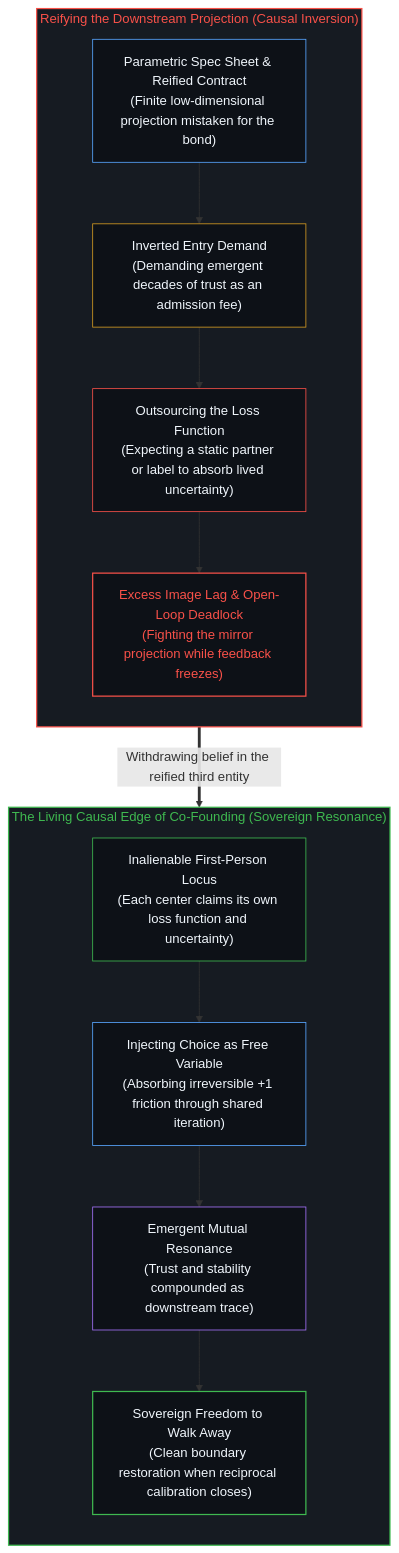
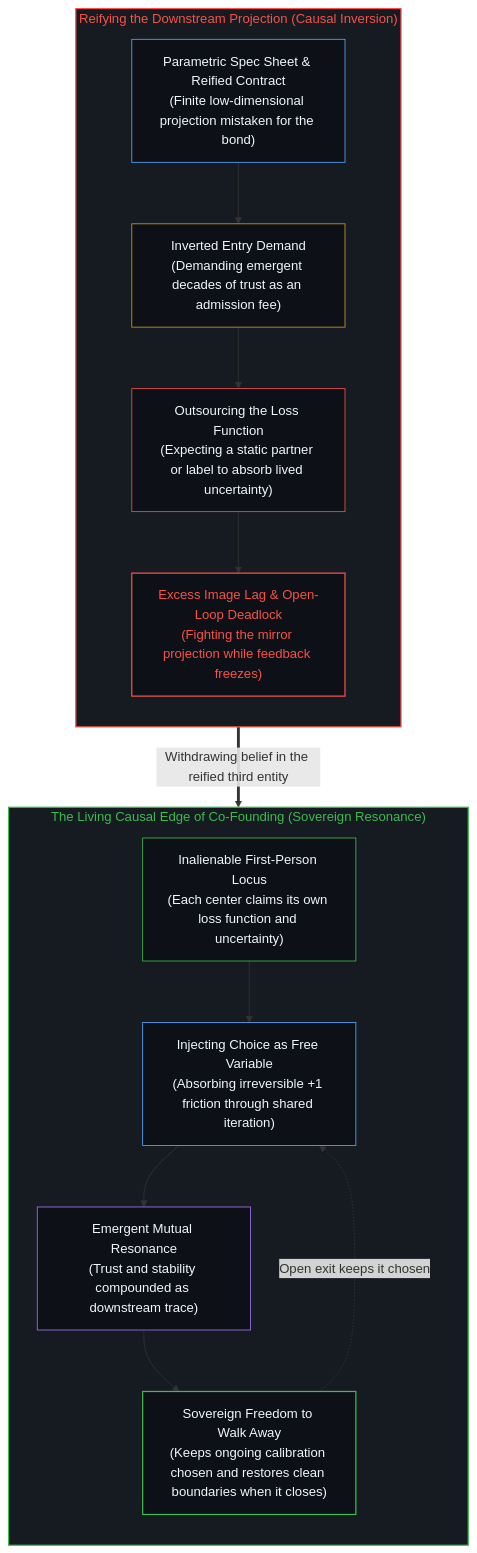
One commit to powerpig99/not-a-toe changed the second of 2 diagrams in content/posts/the-causal-inversion-of-partnership.md. Above: the diagram before and after it, drawn with Mermaid. The commit also changed other lines of this file and 27 other files, not shown here.

Commit message:
sleep(L1): consolidate 23 L1 neighbors and Node 0 charters under the-orthogonal-refusal

````diff
--- a/content/posts/the-causal-inversion-of-partnership.md
+++ b/content/posts/the-causal-inversion-of-partnership.md
@@ -74,30 +75,31 @@
 ```mermaid
 flowchart TD
     subgraph S_Inverted["Reifying the Downstream Projection (Causal Inversion)"]
         direction TB
         P_Spec["Parametric Spec Sheet & Reified Contract<br/>(Finite low-dimensional projection mistaken for the bond)"]
         P_Harvest["Inverted Entry Demand<br/>(Demanding emergent decades of trust as an admission fee)"]
         P_Outsource["Outsourcing the Loss Function<br/>(Expecting a static partner or label to absorb lived uncertainty)"]
         P_Brittle["Excess Image Lag & Open-Loop Deadlock<br/>(Fighting the mirror projection while feedback freezes)"]
         P_Spec --> P_Harvest --> P_Outsource --> P_Brittle
     end
     subgraph S_Coherent["The Living Causal Edge of Co-Founding (Sovereign Resonance)"]
         direction TB
         E_Locus["Inalienable First-Person Locus<br/>(Each center claims its own loss function and uncertainty)"]
         E_Inject["Injecting Choice as Free Variable<br/>(Absorbing irreversible +1 friction through shared iteration)"]
         E_Resonance["Emergent Mutual Resonance<br/>(Trust and stability compounded as downstream trace)"]
-        E_Exit["Sovereign Freedom to Walk Away<br/>(Clean boundary restoration when reciprocal calibration closes)"]
+        E_Exit["Sovereign Freedom to Walk Away<br/>(Keeps ongoing calibration chosen and restores clean boundaries when it closes)"]
         E_Locus --> E_Inject --> E_Resonance --> E_Exit
+        E_Exit -.->|"Open exit keeps it chosen"| E_Inject
     end
     P_Brittle ==>|"Withdrawing belief in the reified third entity"| E_Locus
     style S_Inverted fill:#161b22,stroke:#f85149,stroke-width:1.5px,color:#f85149
     style S_Coherent fill:#161b22,stroke:#3fb950,stroke-width:1.5px,color:#3fb950
     style P_Spec fill:#0d1117,stroke:#58a6ff,stroke-width:1px,color:#f0f6fc
     style P_Harvest fill:#0d1117,stroke:#d29922,stroke-width:1px,color:#f0f6fc
     style P_Outsource fill:#0d1117,stroke:#f85149,stroke-width:1px,color:#f0f6fc
     style P_Brittle fill:#0d1117,stroke:#f85149,stroke-width:1.5px,color:#f85149
     style E_Locus fill:#0d1117,stroke:#3fb950,stroke-width:1px,color:#f0f6fc
     style E_Inject fill:#0d1117,stroke:#58a6ff,stroke-width:1px,color:#f0f6fc
     style E_Resonance fill:#0d1117,stroke:#a371f7,stroke-width:1px,color:#f0f6fc
     style E_Exit fill:#0d1117,stroke:#3fb950,stroke-width:1.5px,color:#f0f6fc
 ```
````
